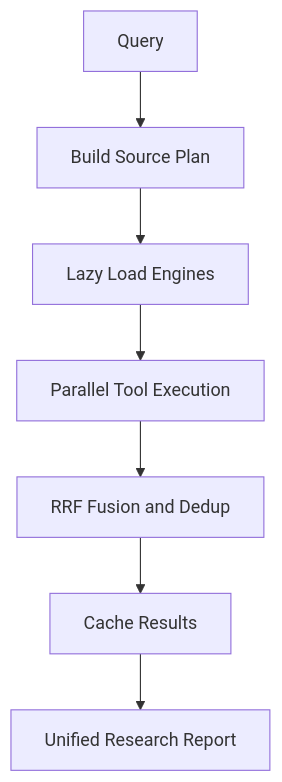
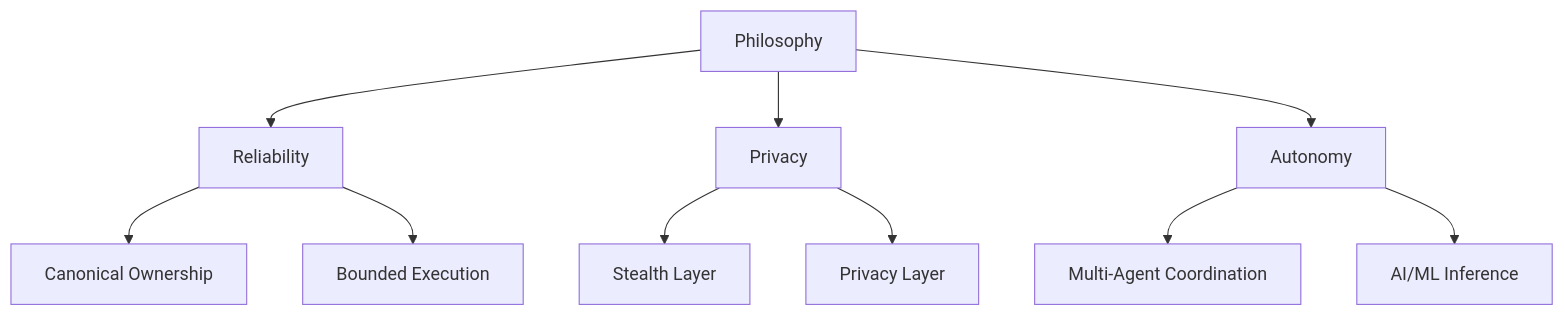
Before and after one commit to Hamulda/hledac-universal: the ninth of 10 diagrams in .qoder/repowiki/en/content/Project Overview/Project Overview.md, drawn with Mermaid. The commit also changed other lines of this file and 236 other files, not shown here.

````diff
--- a/.qoder/repowiki/en/content/Project Overview/Project Overview.md
+++ b/.qoder/repowiki/en/content/Project Overview/Project Overview.md
@@ -328,9 +416,16 @@
 ```mermaid
-flowchart TD
-Q["Query"] --> Plan["Build Source Plan"]
-Plan --> Tools["Lazy Load Engines"]
-Tools --> Parallel["Parallel Tool Execution"]
-Parallel --> Fuse["RRF Fusion and Dedup"]
-Fuse --> Cache["Cache Results"]
-Cache --> Report["Unified Research Report"]
+graph TB
+PHILOSOPHY["Philosophy"]
+REL["Reliability"]
+PRIV["Privacy"]
+AUTO["Autonomy"]
+PHILOSOPHY --> REL
+PHILOSOPHY --> PRIV
+PHILOSOPHY --> AUTO
+REL --> CANON["Canonical Ownership"]
+REL --> BOUND["Bounded Execution"]
+PRIV --> STEALTH["Stealth Layer"]
+PRIV --> PRIVACY["Privacy Layer"]
+AUTO --> AGENTS["Multi-Agent Coordination"]
+AUTO --> AI["AI/ML Inference"]
 ```
````
